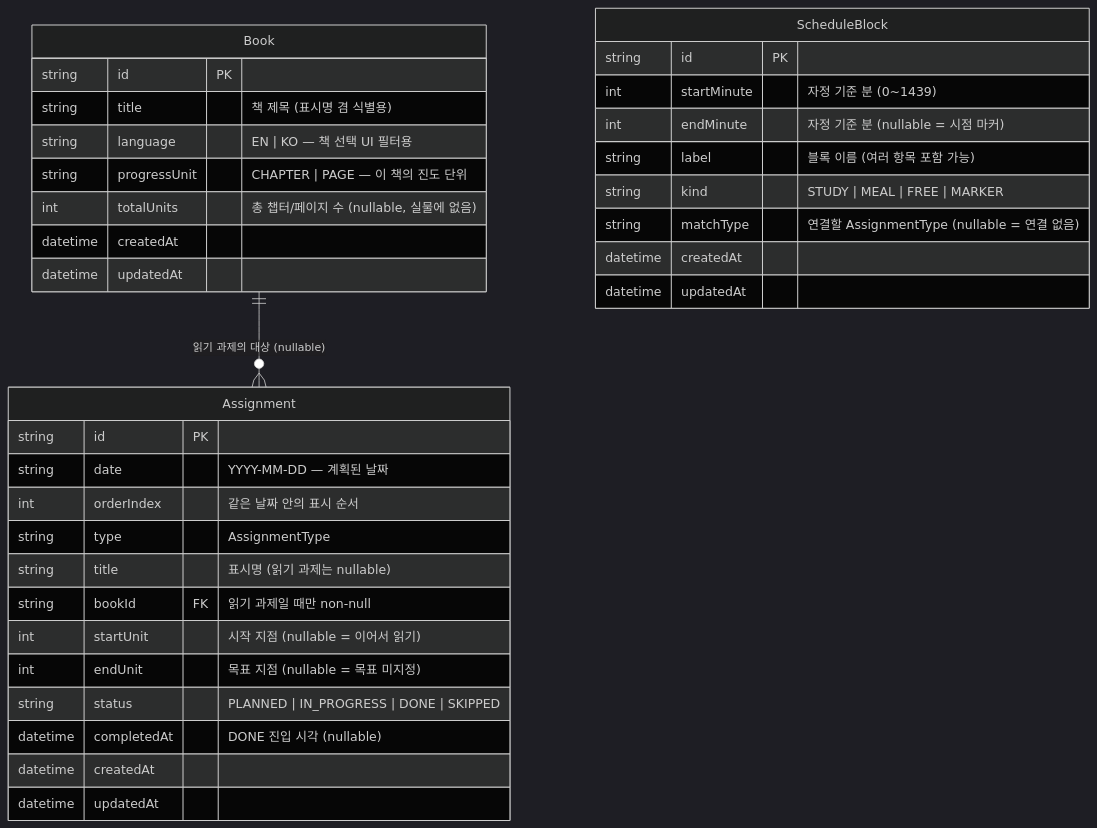
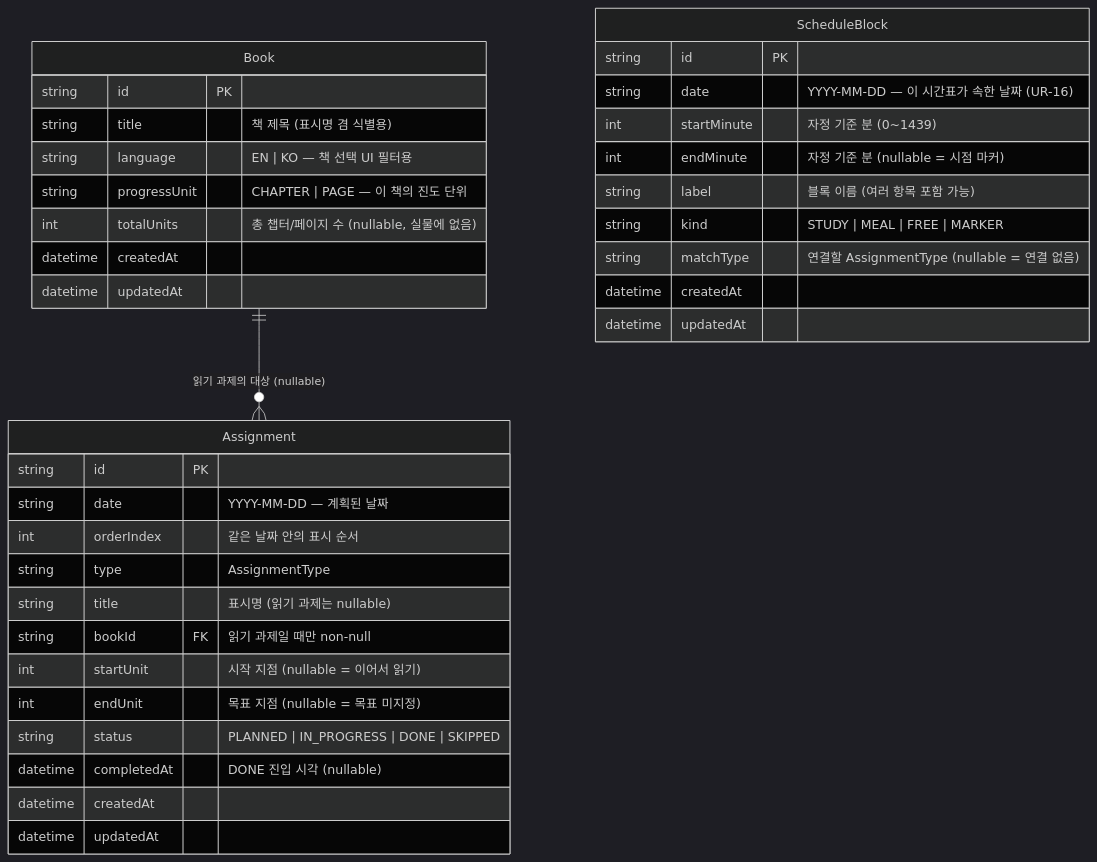
One commit to Scott24424/r-hw changed the first of 2 diagrams in docs/architecture.md. Above: the diagram before and after it, drawn with Mermaid (dark theme). The commit also changed other lines of this file and 7 other files, not shown here.

````diff
--- a/docs/architecture.md
+++ b/docs/architecture.md
@@ -105,40 +114,41 @@
 ```mermaid
 erDiagram
     Book ||--o{ Assignment : "읽기 과제의 대상 (nullable)"
 
     Book {
         string id PK
         string title "책 제목 (표시명 겸 식별용)"
         string language "EN | KO — 책 선택 UI 필터용"
         string progressUnit "CHAPTER | PAGE — 이 책의 진도 단위"
         int totalUnits "총 챕터/페이지 수 (nullable, 실물에 없음)"
         datetime createdAt
         datetime updatedAt
     }
 
     Assignment {
         string id PK
         string date "YYYY-MM-DD — 계획된 날짜"
         int orderIndex "같은 날짜 안의 표시 순서"
         string type "AssignmentType"
         string title "표시명 (읽기 과제는 nullable)"
         string bookId FK "읽기 과제일 때만 non-null"
         int startUnit "시작 지점 (nullable = 이어서 읽기)"
         int endUnit "목표 지점 (nullable = 목표 미지정)"
         string status "PLANNED | IN_PROGRESS | DONE | SKIPPED"
         datetime completedAt "DONE 진입 시각 (nullable)"
         datetime createdAt
         datetime updatedAt
     }
 
     ScheduleBlock {
         string id PK
+        string date "YYYY-MM-DD — 이 시간표가 속한 날짜 (UR-16)"
         int startMinute "자정 기준 분 (0~1439)"
         int endMinute "자정 기준 분 (nullable = 시점 마커)"
         string label "블록 이름 (여러 항목 포함 가능)"
         string kind "STUDY | MEAL | FREE | MARKER"
         string matchType "연결할 AssignmentType (nullable = 연결 없음)"
         datetime createdAt
         datetime updatedAt
     }
 ```
````
